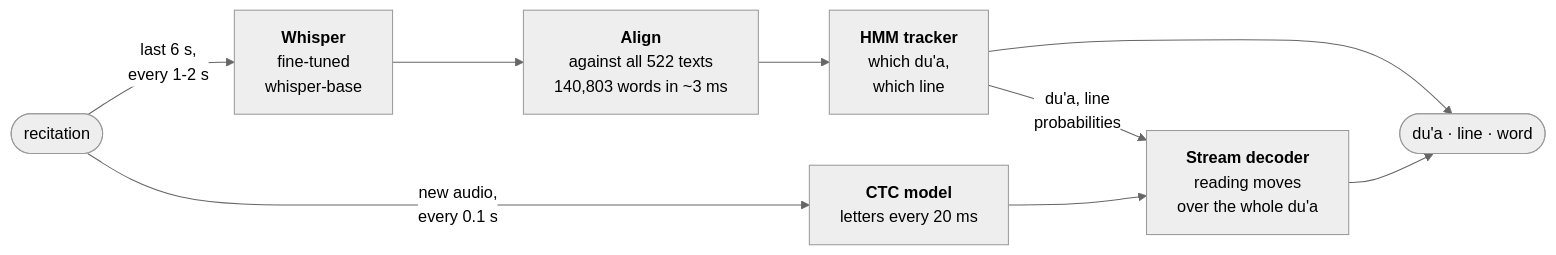
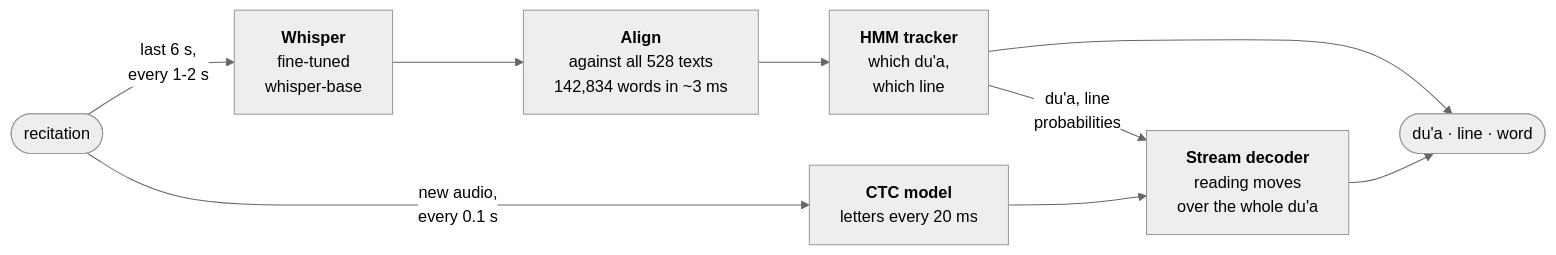
The diagram in README.md (Hasan-Mehdi/dua-recognition), drawn with Mermaid (neutral theme) before and after one commit. The commit also changed other lines of this file and 142 other files, not shown here.

````diff
--- a/README.md
+++ b/README.md
@@ -96,11 +101,11 @@
 ```mermaid
 flowchart LR
     A(["recitation"]) -- "last 6 s,<br/>every 1-2 s" --> B["<b>Whisper</b><br/>fine-tuned<br/>whisper-base"]
-    B --> C["<b>Align</b><br/>against all 522 texts<br/>140,803 words in ~3 ms"]
+    B --> C["<b>Align</b><br/>against all 528 texts<br/>142,834 words in ~3 ms"]
     C --> D["<b>HMM tracker</b><br/>which du'a,<br/>which line"]
     D --> E(["du'a · line · word"])
     A -- "new audio,<br/>every 0.1 s" --> F["<b>CTC model</b><br/>letters every 20 ms"]
     F --> G["<b>Stream decoder</b><br/>reading moves<br/>over the whole du'a"]
     D -- "du'a, line<br/>probabilities" --> G
     G --> E
 ```
````
